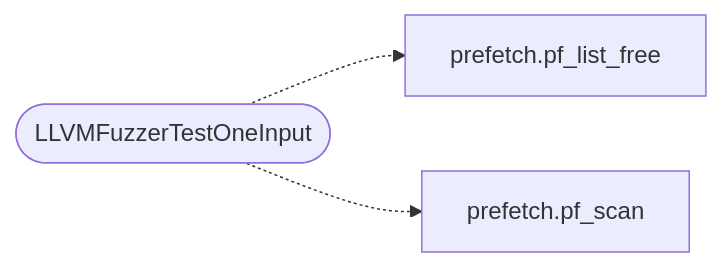
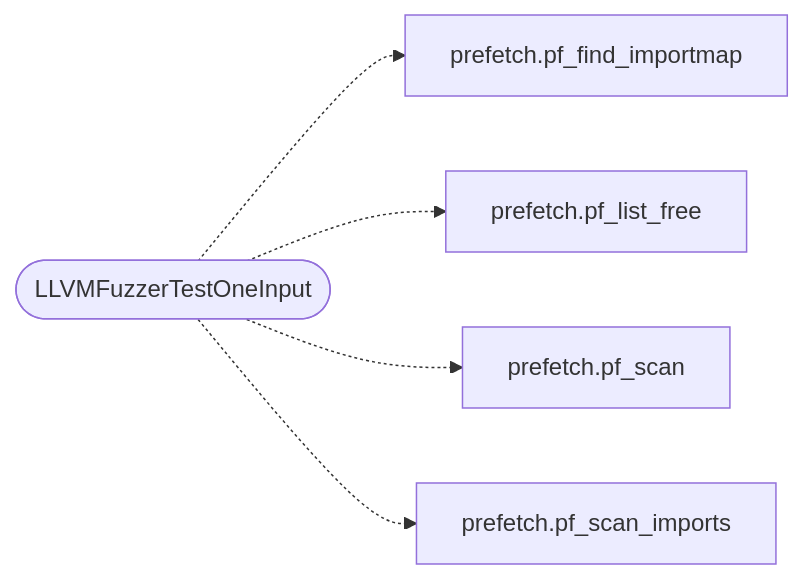
One commit to grisuno/FreeDom changed the diagram in readmenator-apidocs/modules/fuzz.fuzz_prefetch.c.md. Above: the diagram before and after it, drawn with Mermaid. The commit also changed other lines of this file and 323 other files, not shown here.

````diff
--- a/readmenator-apidocs/modules/fuzz.fuzz_prefetch.c.md
+++ b/readmenator-apidocs/modules/fuzz.fuzz_prefetch.c.md
@@ -17,8 +17,12 @@
 ```mermaid
 flowchart LR
     n_fuzz_fuzz_prefetch_c__LLVMFuzzerTestOneInput(["LLVMFuzzerTestOneInput"])
+    n_include_prefetch_h__pf_find_importmap["prefetch.pf_find_importmap"]
     n_include_prefetch_h__pf_list_free["prefetch.pf_list_free"]
     n_include_prefetch_h__pf_scan["prefetch.pf_scan"]
+    n_src_prefetch_c__pf_scan_imports["prefetch.pf_scan_imports"]
+    n_fuzz_fuzz_prefetch_c__LLVMFuzzerTestOneInput -.-> n_include_prefetch_h__pf_find_importmap
     n_fuzz_fuzz_prefetch_c__LLVMFuzzerTestOneInput -.-> n_include_prefetch_h__pf_list_free
     n_fuzz_fuzz_prefetch_c__LLVMFuzzerTestOneInput -.-> n_include_prefetch_h__pf_scan
+    n_fuzz_fuzz_prefetch_c__LLVMFuzzerTestOneInput -.-> n_src_prefetch_c__pf_scan_imports
 ```
````
